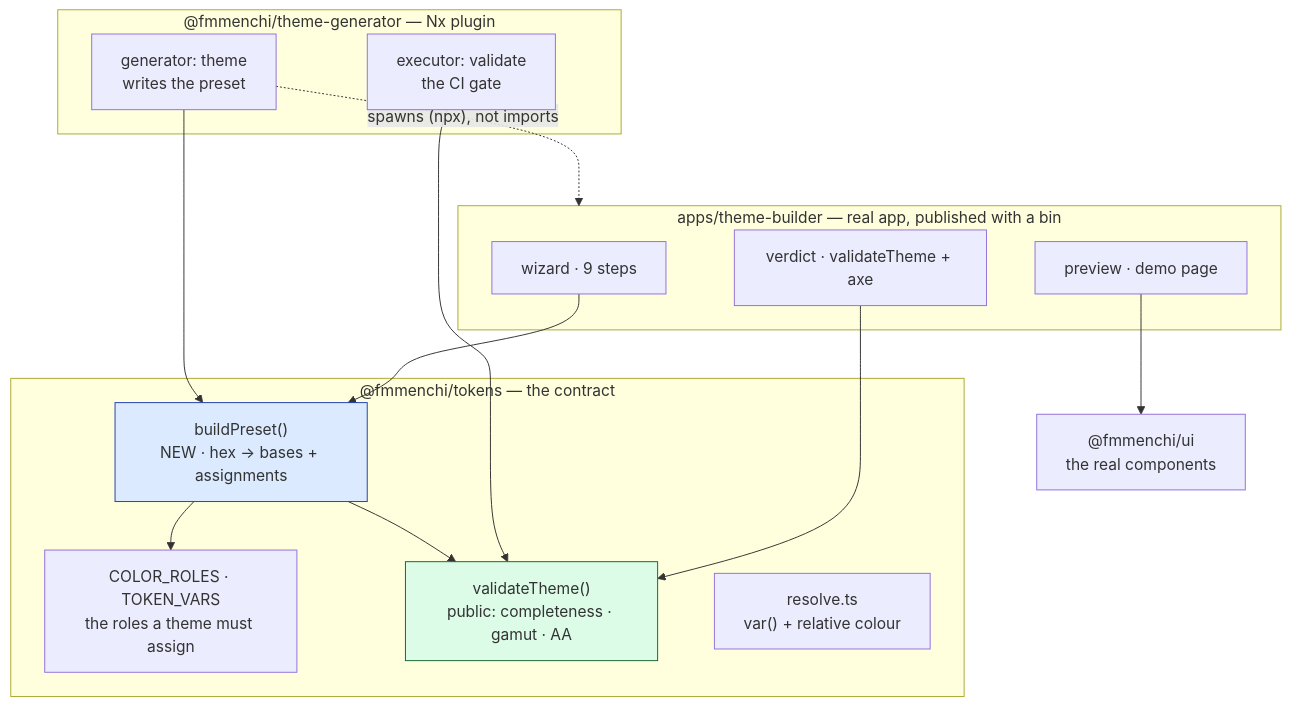
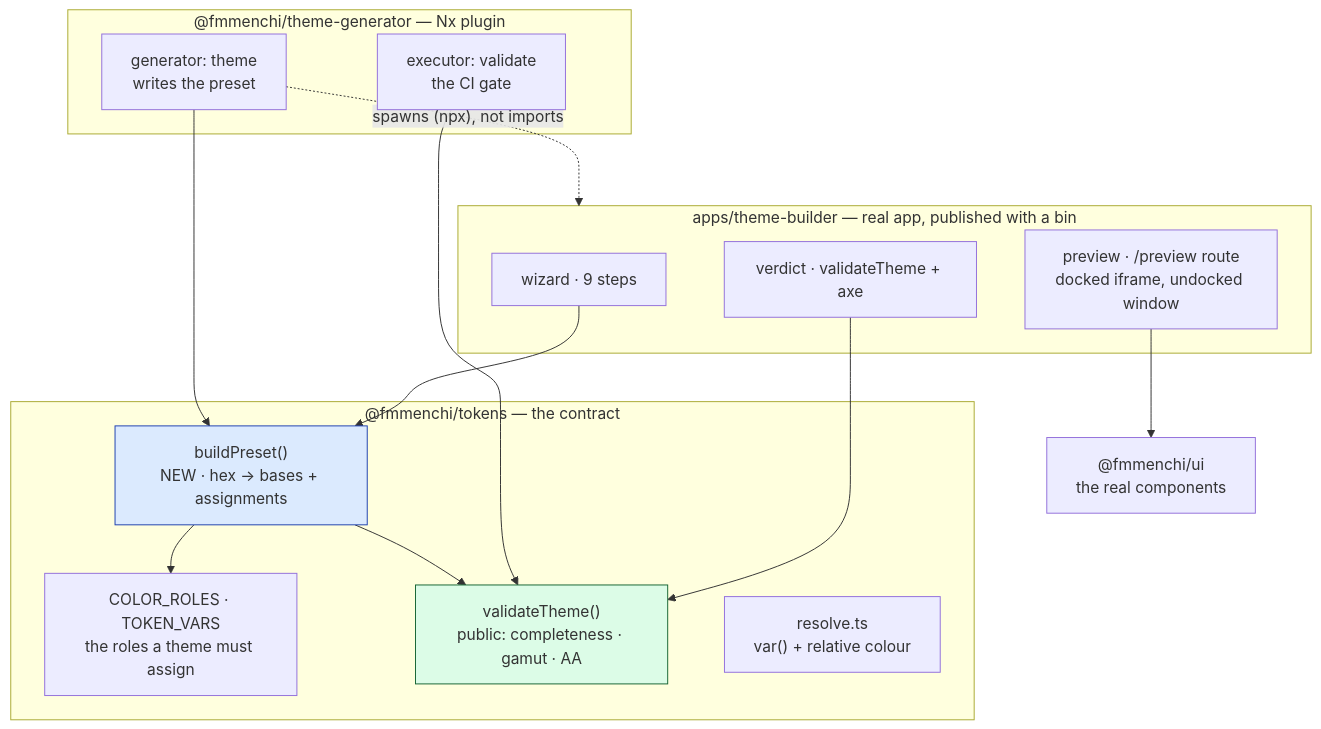
One commit to fmmenchi/shared-platform changed the first of 2 diagrams in apps/docusaurus/docs/adr/0033-theme-builder-gui.md. Above: the diagram before and after it, drawn with Mermaid. The commit also changed other lines of this file and 1 other file, not shown here.

````diff
--- a/apps/docusaurus/docs/adr/0033-theme-builder-gui.md
+++ b/apps/docusaurus/docs/adr/0033-theme-builder-gui.md
@@ -256,34 +352,34 @@
 ```mermaid
 graph TB
     subgraph contract["@fmmenchi/tokens — the contract"]
         roles["COLOR_ROLES · TOKEN_VARS<br/>the roles a theme must assign"]
         validate["validateTheme()<br/>public: completeness · gamut · AA"]
         resolve["resolve.ts<br/>var() + relative colour"]
         build["buildPreset()<br/>NEW · hex → bases + assignments"]
     end
 
     subgraph plugin["@fmmenchi/theme-generator — Nx plugin"]
         gen["generator: theme<br/>writes the preset"]
         exec["executor: validate<br/>the CI gate"]
     end
 
     subgraph app["apps/theme-builder — real app, published with a bin"]
         wizard["wizard · 9 steps"]
-        preview["preview · demo page"]
+        preview["preview · /preview route<br/>docked iframe, undocked window"]
         verdict["verdict · validateTheme + axe"]
     end
 
     ui["@fmmenchi/ui<br/>the real components"]
 
     build --> roles
     build --> validate
     gen --> build
     exec --> validate
     wizard --> build
     verdict --> validate
     preview --> ui
     gen -. "spawns (npx), not imports" .-> app
 
     style build fill:#dbeafe,stroke:#1e40af
     style validate fill:#dcfce7,stroke:#166534
 ```
````
